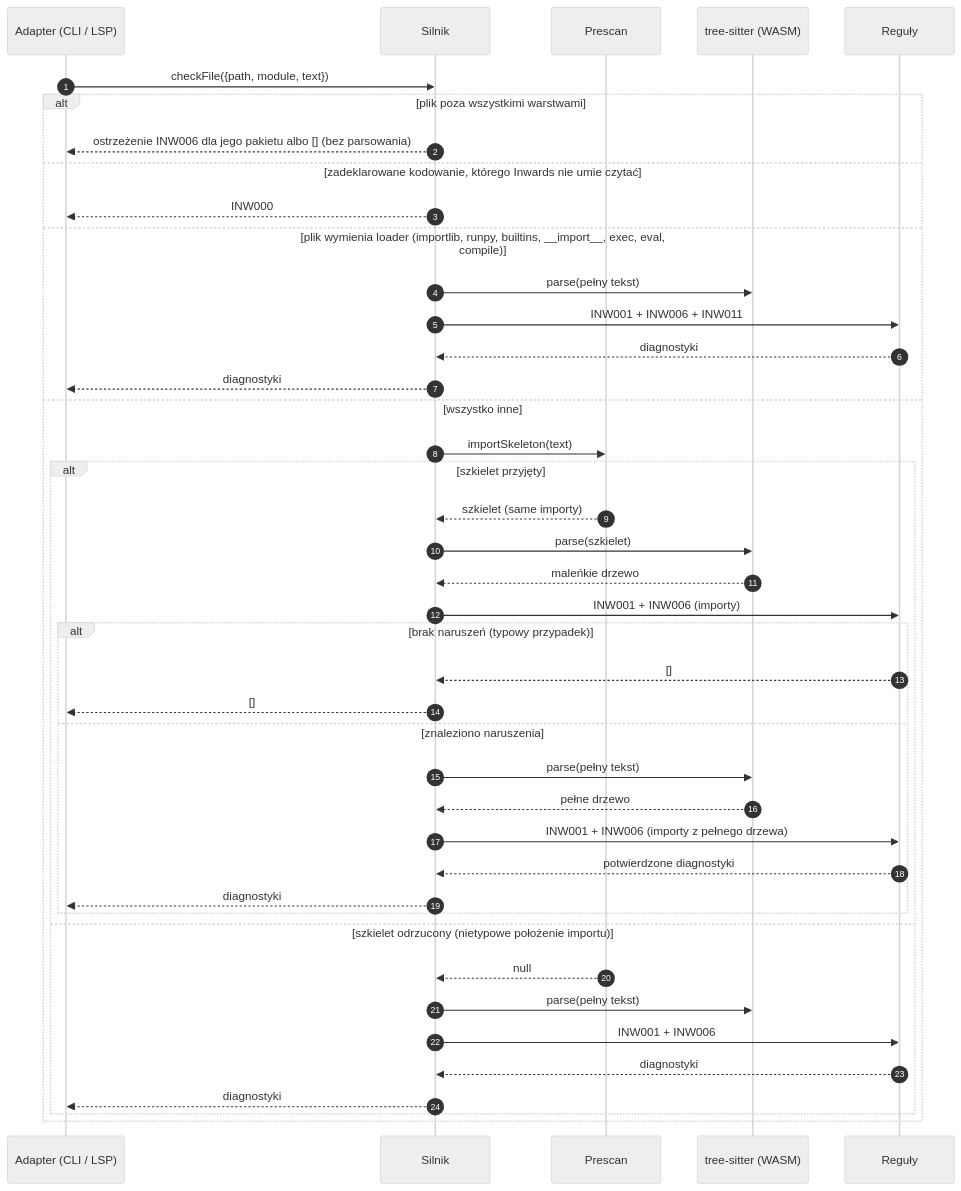
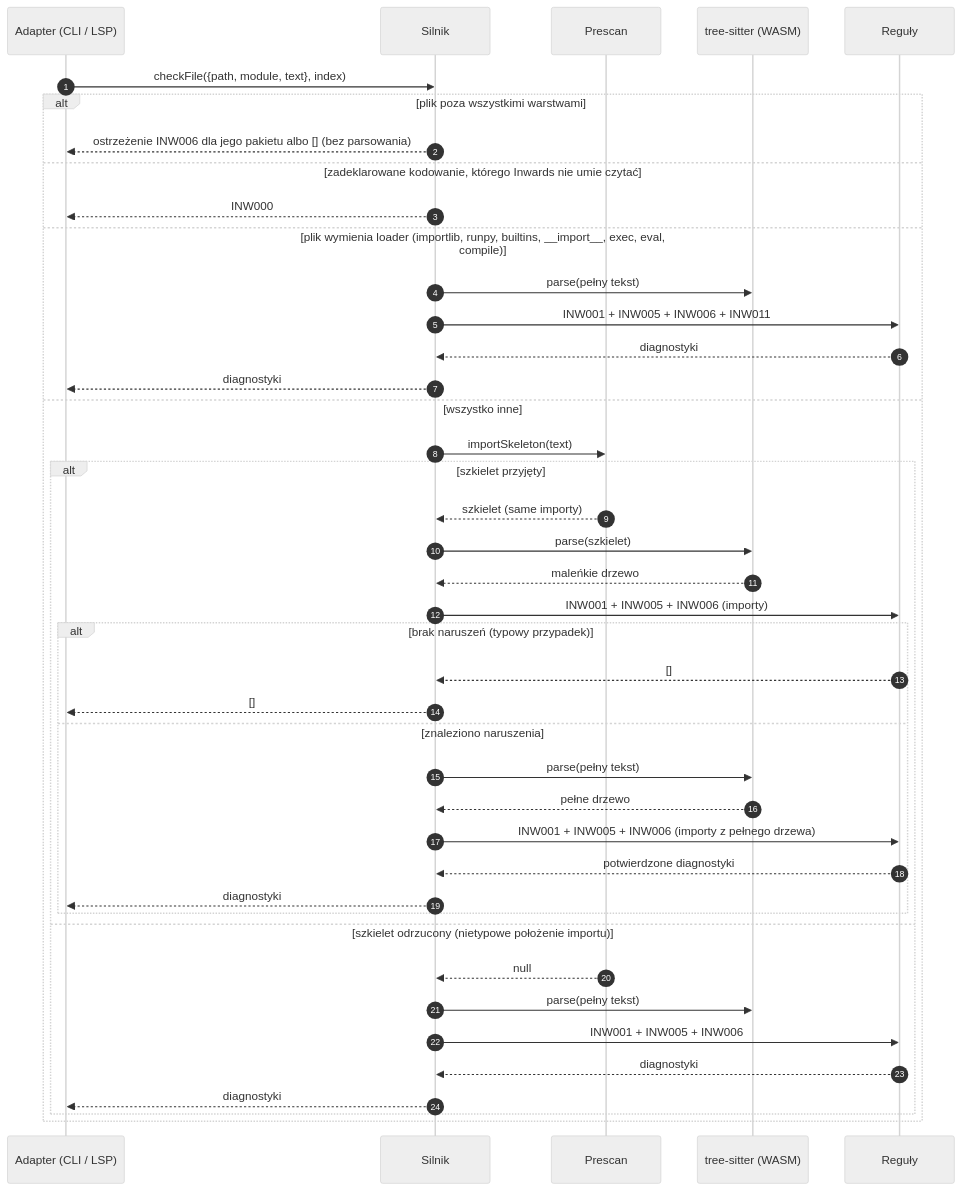
Before and after one commit to SirCypkowskyy/inwards: the fourth of 6 diagrams in docs/pl/03-Architecture-C4.md, drawn with Mermaid (neutral theme). The commit also changed other lines of this file and 10 other files, not shown here.

````diff
--- a/docs/pl/03-Architecture-C4.md
+++ b/docs/pl/03-Architecture-C4.md
@@ -150,45 +152,45 @@
 ```mermaid
 sequenceDiagram
     autonumber
     participant A as Adapter (CLI / LSP)
     participant E as Silnik
     participant P as Prescan
     participant T as tree-sitter (WASM)
     participant R as Reguły
 
-    A->>E: checkFile({path, module, text})
+    A->>E: checkFile({path, module, text}, index)
     alt plik poza wszystkimi warstwami
         E-->>A: ostrzeżenie INW006 dla jego pakietu albo [] (bez parsowania)
     else zadeklarowane kodowanie, którego Inwards nie umie czytać
         E-->>A: INW000
     else plik wymienia loader (importlib, runpy, builtins, __import__, exec, eval, compile)
         E->>T: parse(pełny tekst)
-        E->>R: INW001 + INW006 + INW011
+        E->>R: INW001 + INW005 + INW006 + INW011
         R-->>E: diagnostyki
         E-->>A: diagnostyki
     else wszystko inne
         E->>P: importSkeleton(text)
         alt szkielet przyjęty
             P-->>E: szkielet (same importy)
             E->>T: parse(szkielet)
             T-->>E: maleńkie drzewo
-            E->>R: INW001 + INW006 (importy)
+            E->>R: INW001 + INW005 + INW006 (importy)
             alt brak naruszeń (typowy przypadek)
                 R-->>E: []
                 E-->>A: []
             else znaleziono naruszenia
                 E->>T: parse(pełny tekst)
                 T-->>E: pełne drzewo
-                E->>R: INW001 + INW006 (importy z pełnego drzewa)
+                E->>R: INW001 + INW005 + INW006 (importy z pełnego drzewa)
                 R-->>E: potwierdzone diagnostyki
                 E-->>A: diagnostyki
             end
         else szkielet odrzucony (nietypowe położenie importu)
             P-->>E: null
             E->>T: parse(pełny tekst)
-            E->>R: INW001 + INW006
+            E->>R: INW001 + INW005 + INW006
             R-->>E: diagnostyki
             E-->>A: diagnostyki
         end
     end
 ```
````
